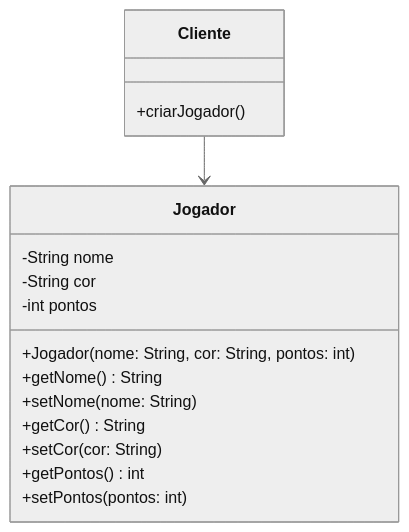
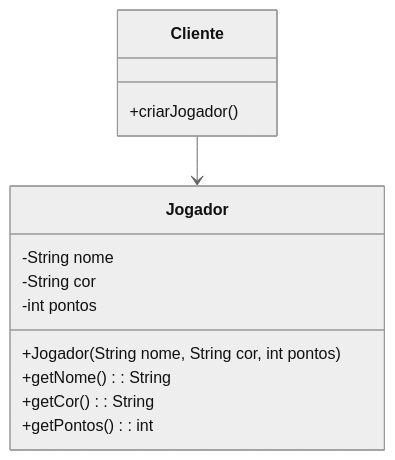
Before and after one commit to 20242-ifba-saj-ads-ppr/framework-equipe4: the first of 5 diagrams in README.md, drawn with Mermaid (neutral theme). The commit also changed other lines of this file and 7 other files, not shown here.

````diff
--- a/README.md
+++ b/README.md
@@ -76,21 +21,18 @@
 ```mermaid
 classDiagram
 	class Jogador {
-    	-String nome
-    	-String cor
-    	-int pontos
-    	+Jogador(nome: String, cor: String, pontos: int)
-    	+getNome() String
-    	+setNome(nome: String)
-    	+getCor() String
-    	+setCor(cor: String)
-    	+getPontos() int
-    	+setPontos(pontos: int)
+		-String nome
+		-String cor
+		-int pontos
+		+Jogador(String nome, String cor, int pontos)
+		+getNome(): String
+		+getCor(): String
+		+getPontos(): int
 	}
 
 	class Cliente {
-    	+criarJogador()
+		+criarJogador()
 	}
 
 	Cliente --> Jogador
 ```
````
